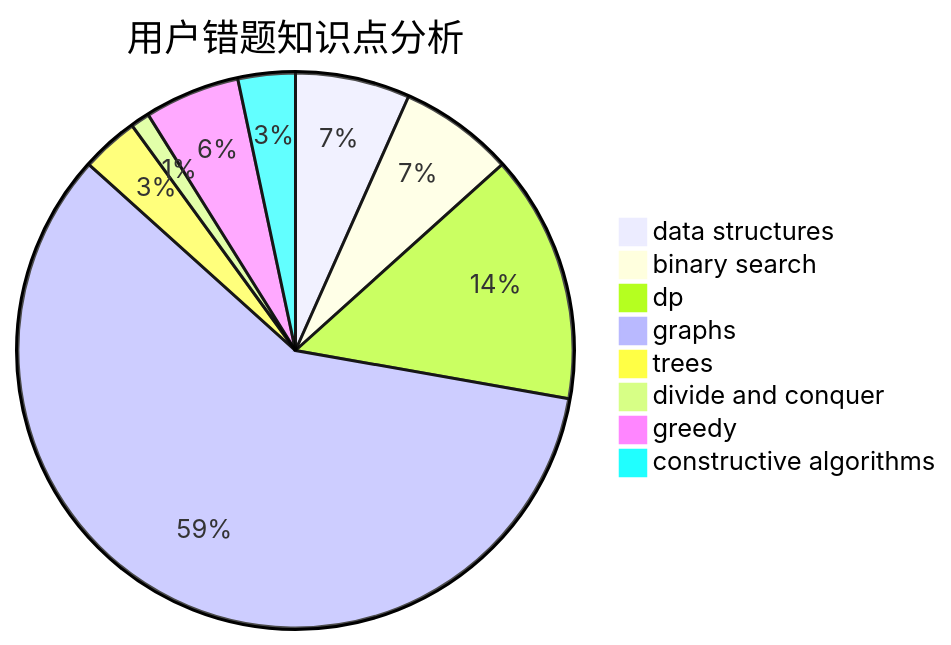
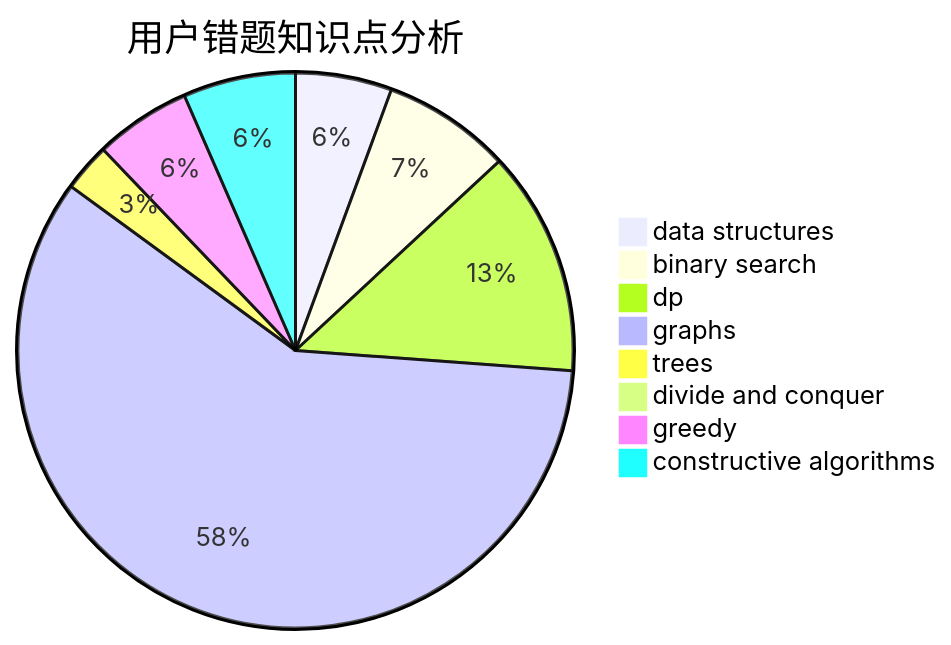
One commit to sherpahu/cfrs.github.io changed the third of 3 diagrams in docs/user/u1653.md. Above: the diagram before and after it, drawn with Mermaid. The commit also changed other lines of this file and 2770 other files, not shown here.

````diff
--- a/docs/user/u1653.md
+++ b/docs/user/u1653.md
@@ -36,11 +36,11 @@
 ```mermaid
 pie title 用户错题知识点分析
     "data structures" :  6
-    "binary search" :  6
-    "dp" :  13
-    "graphs" :  53
+    "binary search" :  8
+    "dp" :  14
+    "graphs" :  63
     "trees" :  3
     "divide and conquer" :  1
-    "greedy" :  5
-    "constructive algorithms" :  3
+    "greedy" :  6
+    "constructive algorithms" :  7
 ```
````
